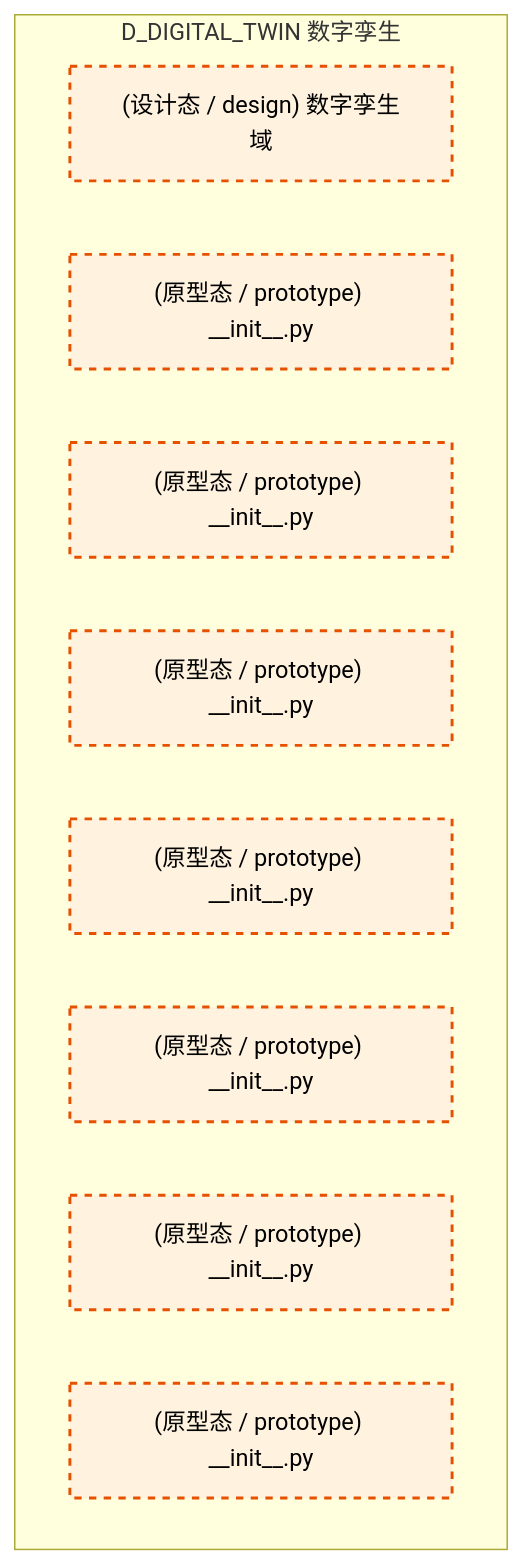
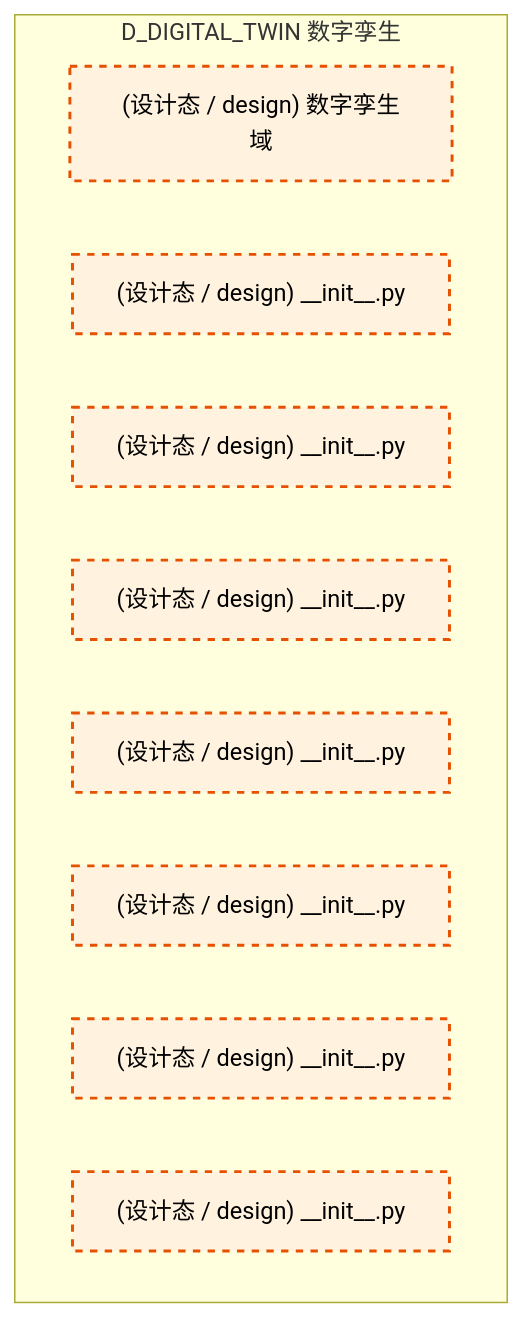
One commit to xuanFelixVan/ZephyrAlpha changed the first of 3 diagrams in docs/02_enterprise_architecture/02_domain_architecture_docs/32_d_digital_twin.md. Above: the diagram before and after it, drawn with Mermaid. The commit also changed other lines of this file and 177 other files, not shown here.

````diff
--- a/docs/02_enterprise_architecture/02_domain_architecture_docs/32_d_digital_twin.md
+++ b/docs/02_enterprise_architecture/02_domain_architecture_docs/32_d_digital_twin.md
@@ -70,18 +69,18 @@
 ```mermaid
 graph TD
     subgraph D_DIGITAL_TWIN["D_DIGITAL_TWIN 数字孪生"]
         src_zephyr_digital_twin["(设计态 / design) 数字孪生域"]
-        src_zephyr_digital_twin_init_py["(原型态 / prototype) __init__.py"]
-        src_zephyr_digital_twin_extensions_init_py["(原型态 / prototype) __init__.py"]
-        src_zephyr_digital_twin_api_init_py["(原型态 / prototype) __init__.py"]
-        src_zephyr_digital_twin_core_init_py["(原型态 / prototype) __init__.py"]
-        src_zephyr_digital_twin_infrastructure_init_py["(原型态 / prototype) __init__.py"]
-        src_zephyr_digital_twin_models_init_py["(原型态 / prototype) __init__.py"]
-        src_zephyr_digital_twin_services_init_py["(原型态 / prototype) __init__.py"]
+        src_zephyr_digital_twin_init_py["(设计态 / design) __init__.py"]
+        src_zephyr_digital_twin_extensions_init_py["(设计态 / design) __init__.py"]
+        src_zephyr_digital_twin_api_init_py["(设计态 / design) __init__.py"]
+        src_zephyr_digital_twin_core_init_py["(设计态 / design) __init__.py"]
+        src_zephyr_digital_twin_infrastructure_init_py["(设计态 / design) __init__.py"]
+        src_zephyr_digital_twin_models_init_py["(设计态 / design) __init__.py"]
+        src_zephyr_digital_twin_services_init_py["(设计态 / design) __init__.py"]
     end
     classDef production fill:#e1f5fe,stroke:#01579b,stroke-width:2px,color:#000
     classDef design fill:#fff3e0,stroke:#e65100,stroke-width:2px,color:#000,stroke-dasharray: 5 5
     classDef external_prod fill:#e8f5e9,stroke:#1b5e20,stroke-width:1px,color:#000
     classDef external_design fill:#fce4ec,stroke:#880e4f,stroke-width:1px,color:#000,stroke-dasharray: 5 5
     class src_zephyr_digital_twin,src_zephyr_digital_twin_init_py,src_zephyr_digital_twin_extensions_init_py,src_zephyr_digital_twin_api_init_py,src_zephyr_digital_twin_core_init_py,src_zephyr_digital_twin_infrastructure_init_py,src_zephyr_digital_twin_models_init_py,src_zephyr_digital_twin_services_init_py design
 ```
````
